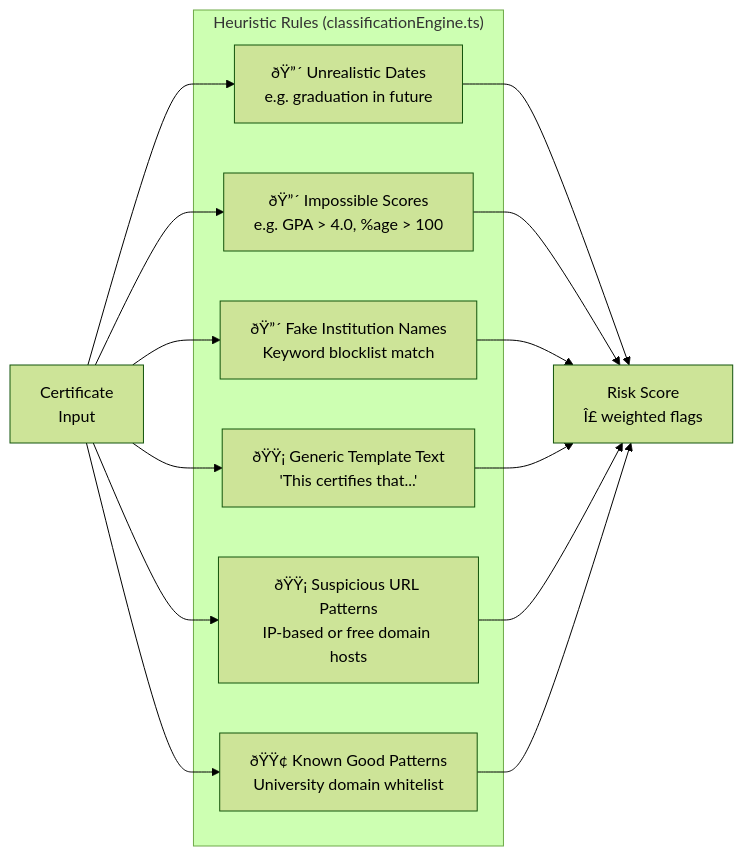
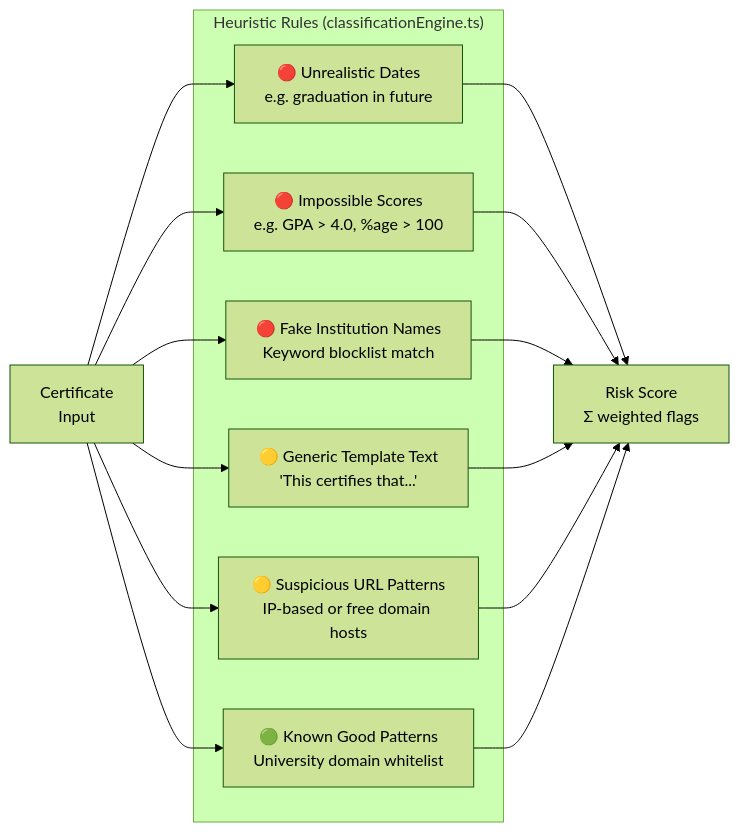
The fourth of 15 diagrams in README.md (sohansarkar07/Digital-certificate-validator-full-project), drawn with Mermaid (forest theme) before and after one commit. The commit also changed other lines of this file, not shown here.

````diff
--- a/README.md
+++ b/README.md
@@ -392,19 +392,19 @@
 ```mermaid
 graph LR
     subgraph RULES["Heuristic Rules (classificationEngine.ts)"]
-        R1["ðŸ”´ Unrealistic Dates\ne.g. graduation in future"]
-        R2["ðŸ”´ Impossible Scores\ne.g. GPA > 4.0, %age > 100"]
-        R3["ðŸ”´ Fake Institution Names\nKeyword blocklist match"]
-        R4["ðŸŸ¡ Generic Template Text\n'This certifies that...'"]
-        R5["ðŸŸ¡ Suspicious URL Patterns\nIP-based or free domain hosts"]
-        R6["ðŸŸ¢ Known Good Patterns\nUniversity domain whitelist"]
+        R1["🔴 Unrealistic Dates\ne.g. graduation in future"]
+        R2["🔴 Impossible Scores\ne.g. GPA > 4.0, %age > 100"]
+        R3["🔴 Fake Institution Names\nKeyword blocklist match"]
+        R4["🟡 Generic Template Text\n'This certifies that...'"]
+        R5["🟡 Suspicious URL Patterns\nIP-based or free domain hosts"]
+        R6["🟢 Known Good Patterns\nUniversity domain whitelist"]
     end
 
     CERT["Certificate\nInput"] --> R1 & R2 & R3 & R4 & R5 & R6
-    R1 --> SCORE["Risk Score\nÎ£ weighted flags"]
+    R1 --> SCORE["Risk Score\nΣ weighted flags"]
     R2 --> SCORE
     R3 --> SCORE
     R4 --> SCORE
     R5 --> SCORE
     R6 --> SCORE
 ```
````
